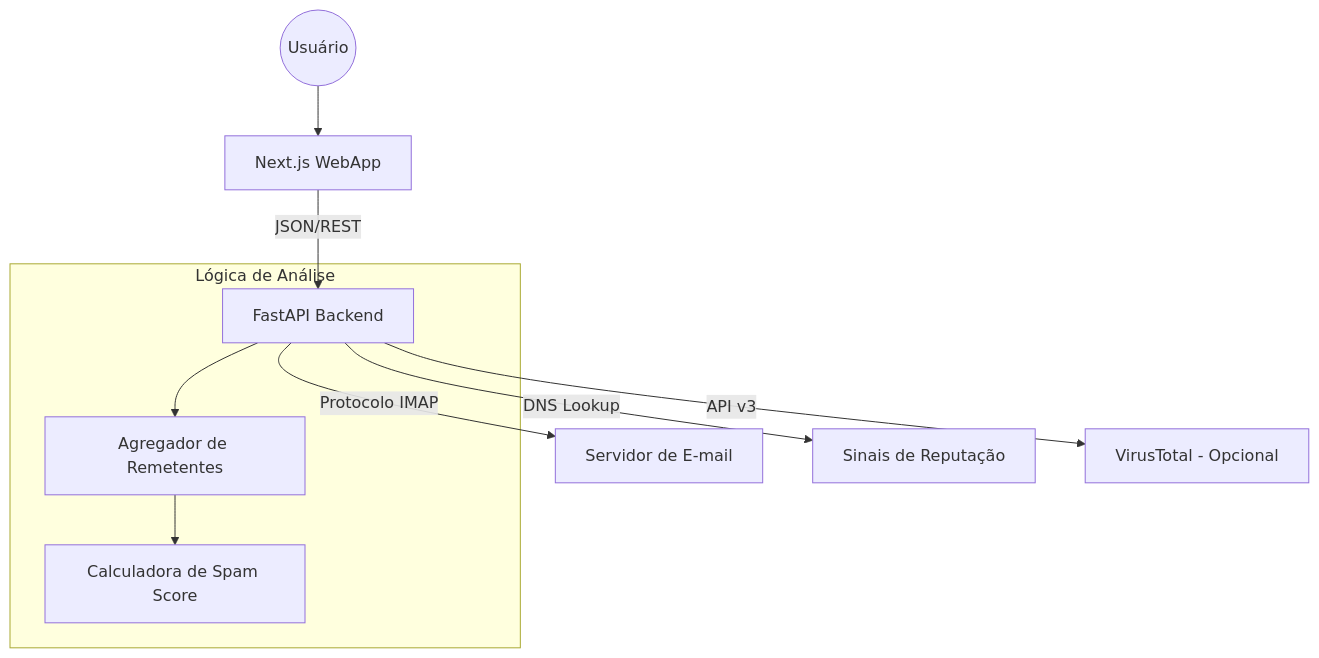
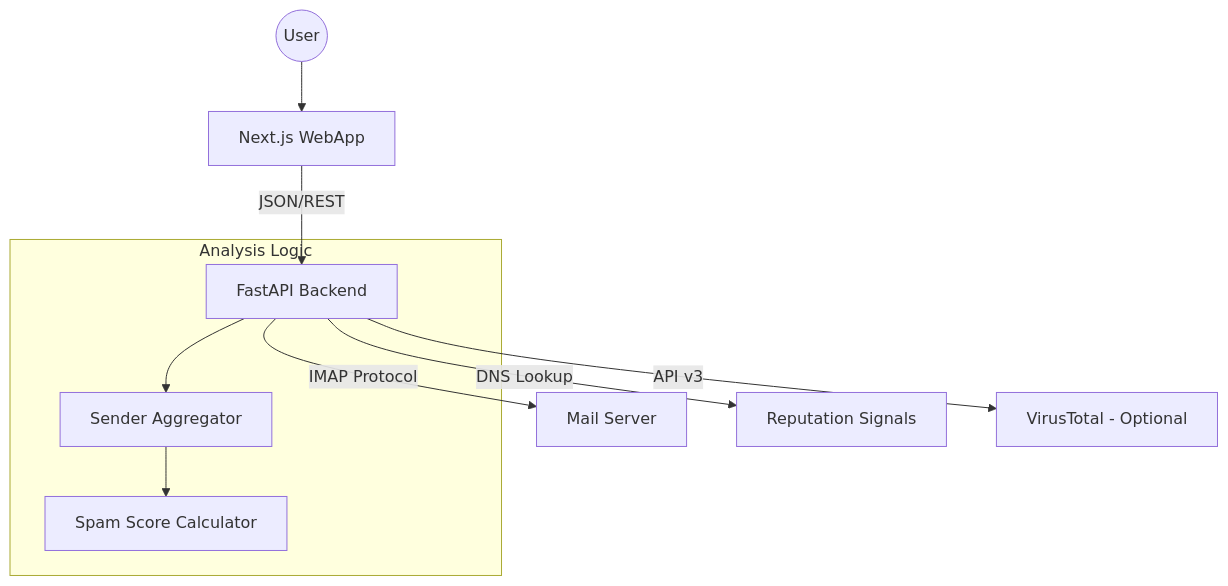
The diagram in docs/index.md (mronaldjs/pymail-analyser), drawn with Mermaid before and after one commit. The commit also changed other lines of this file and 10 other files, not shown here.

````diff
--- a/docs/index.md
+++ b/docs/index.md
@@ -9,13 +9,13 @@
 ```mermaid
 graph TD
-    User((Usuário)) --> WebApp[Next.js WebApp]
+    User((User)) --> WebApp[Next.js WebApp]
     WebApp -->|JSON/REST| API[FastAPI Backend]
-    API -->|Protocolo IMAP| MailServer[Servidor de E-mail]
-    API -->|DNS Lookup| Reputation[Sinais de Reputação]
-    API -->|API v3| VirusTotal[VirusTotal - Opcional]
+    API -->|IMAP Protocol| MailServer[Mail Server]
+    API -->|DNS Lookup| Reputation[Reputation Signals]
+    API -->|API v3| VirusTotal[VirusTotal - Optional]
     
-    subgraph "Lógica de Análise"
-        API --> Aggregator[Agregador de Remetentes]
-        Aggregator --> Scorer[Calculadora de Spam Score]
+    subgraph "Analysis Logic"
+        API --> Aggregator[Sender Aggregator]
+        Aggregator --> Scorer[Spam Score Calculator]
     end
 ```
````
